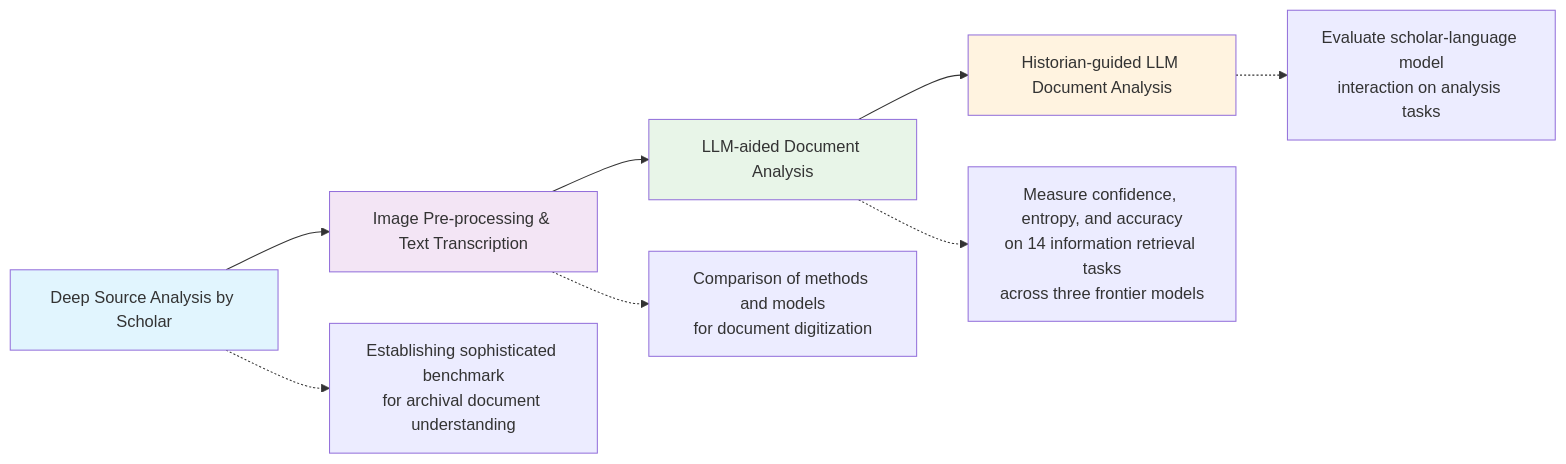
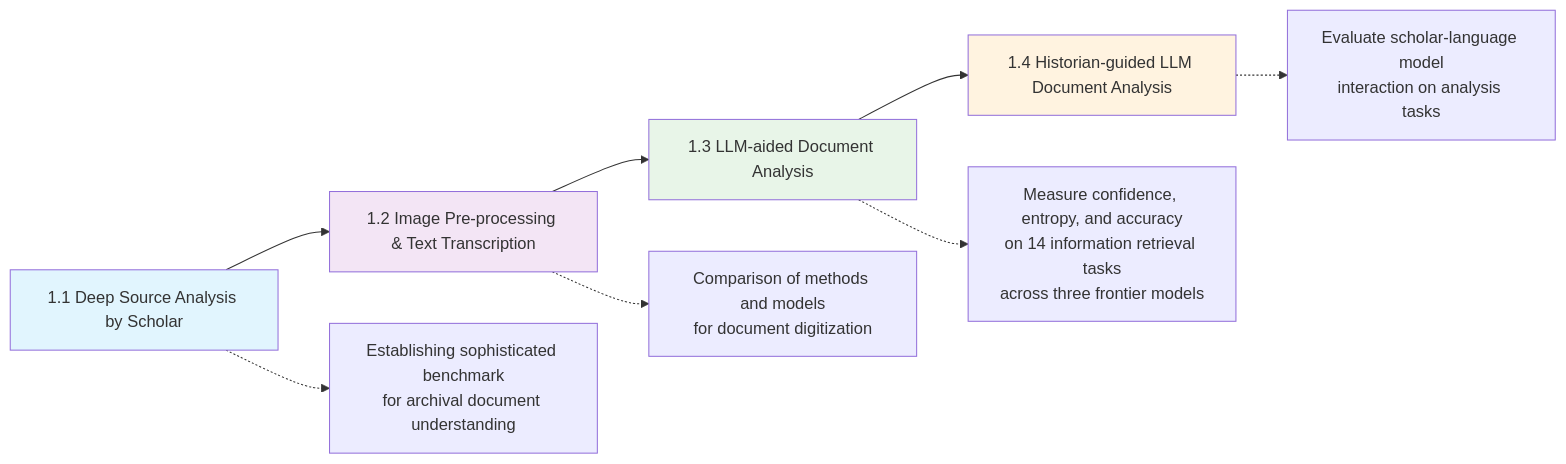
One commit to sets-architecture/sets-architecture.github.io changed the diagram in index.md. Above: the diagram before and after it, drawn with Mermaid.

Commit message:
update diagram

```diff
--- a/index.md
+++ b/index.md
@@ -47,24 +47,24 @@
     <div class="mermaid">
     flowchart LR
-      A[Deep Source Analysis by Scholar] --> B[Image Pre-processing & Text Transcription]
-      B --> C[LLM-aided Document Analysis]
-      C --> D[Historian-guided LLM Document Analysis]
+      A[1.1 Deep Source Analysis by Scholar] --> B[1.2 Image Pre-processing & Text Transcription]
+      B --> C[1.3 LLM-aided Document Analysis]
+      C --> D[1.4 Historian-guided LLM Document Analysis]
    
 
       A1[Establishing sophisticated benchmark<br/>for archival document understanding]
       B1[Comparison of methods and models<br/>for document digitization]
       C1[Measure confidence, entropy, and accuracy<br/>on 14 information retrieval tasks<br/>across three frontier models]
       D1[Evaluate scholar-language model<br/>interaction on analysis tasks]
      
 
       A -.-> A1
       B -.-> B1
       C -.-> C1
       D -.-> D1
 
       style A fill:#e1f5fe
       style B fill:#f3e5f5
       style C fill:#e8f5e8
       style D fill:#fff3e0
   
     </div>
```
